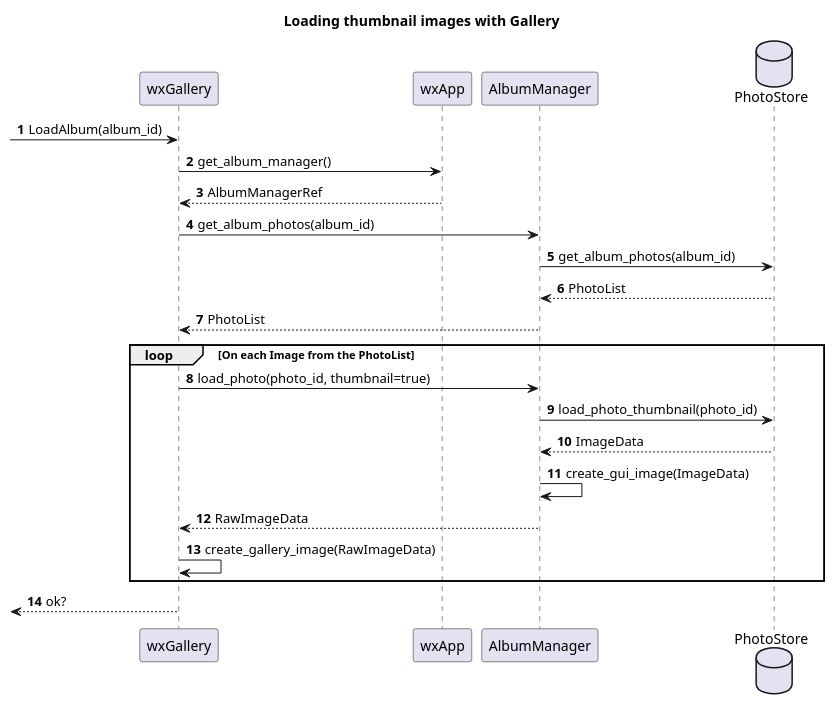
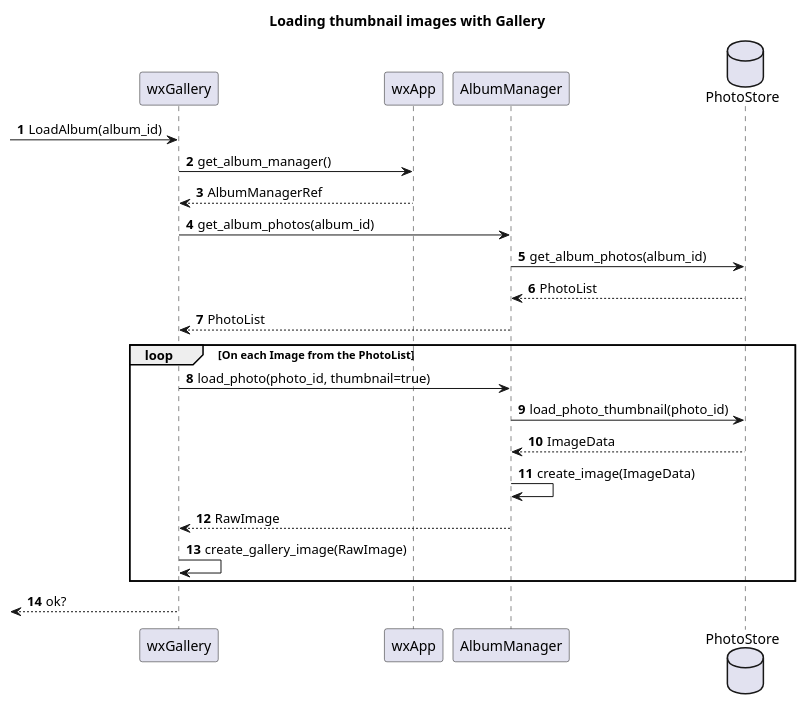
Before and after one commit to jorgemb/image-manager: the diagram in docs/App - Loading image gallery.puml, drawn with PlantUML. The commit also changed 8 other files, not shown here.

```diff
--- a/docs/App - Loading image gallery.puml
+++ b/docs/App - Loading image gallery.puml
@@ -1,31 +1,31 @@
 @startuml
 'https://plantuml.com/sequence-diagram
 
 title Loading thumbnail images with Gallery
 participant     wxGallery as gallery
 participant     wxApp as app
 participant     AlbumManager as manager
 database        PhotoStore as store
 
 autonumber
 
 -> gallery : LoadAlbum(album_id)
 gallery -> app : get_album_manager()
 gallery <-- app: AlbumManagerRef
 gallery -> manager : get_album_photos(album_id)
 manager -> store : get_album_photos(album_id)
 manager <-- store : PhotoList
 gallery <-- manager : PhotoList
 
 loop On each Image from the PhotoList
     gallery -> manager : load_photo(photo_id, thumbnail=true)
     manager -> store : load_photo_thumbnail(photo_id)
     manager <-- store : ImageData
-    manager -> manager : create_gui_image(ImageData)
-    gallery <-- manager : RawImageData
-    gallery -> gallery: create_gallery_image(RawImageData)
+    manager -> manager : create_image(ImageData)
+    gallery <-- manager : RawImage
+    gallery -> gallery: create_gallery_image(RawImage)
 end
 
 <-- gallery : ok?
 
 @enduml
```
